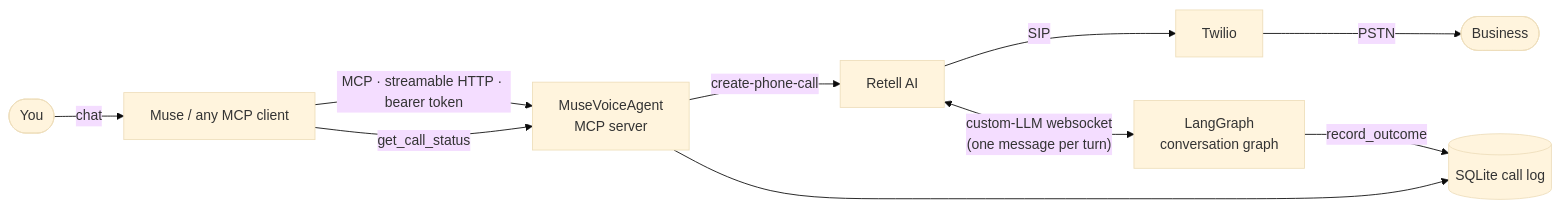
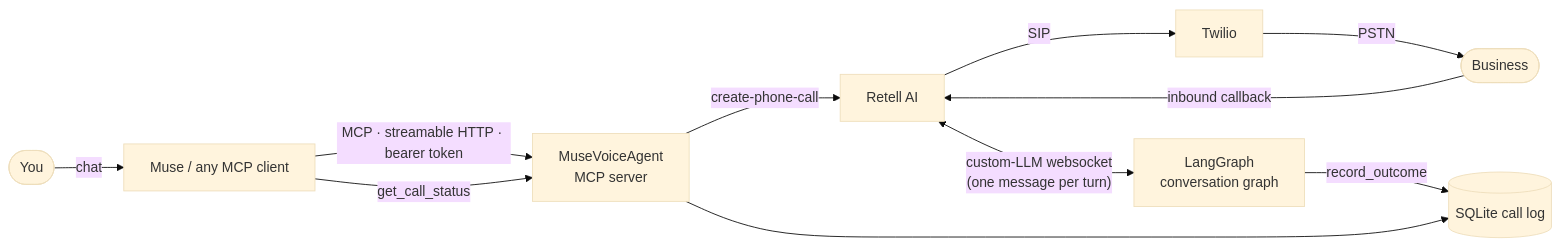
The first of 2 diagrams in README.md (angilyu/muse-voice-agent), drawn with Mermaid (base theme) before and after one commit. The commit also changed other lines of this file and 11 other files, not shown here.

First line of the commit message:
Add inbound callback handling (#2)

````diff
--- a/README.md
+++ b/README.md
@@ -117,10 +122,11 @@
 ```mermaid
 flowchart LR
     U([You]) -->|chat| M[Muse / any MCP client]
     M -->|"MCP · streamable HTTP · bearer token"| S[MuseVoiceAgent<br/>MCP server]
     S -->|create-phone-call| R[Retell AI]
     R -->|SIP| T[Twilio] -->|PSTN| B([Business])
     R <-->|"custom-LLM websocket<br/>(one message per turn)"| G[LangGraph<br/>conversation graph]
     G -->|record_outcome| DB[(SQLite call log)]
     M -->|get_call_status| S --> DB
+    B -->|inbound callback| R
 ```
````
